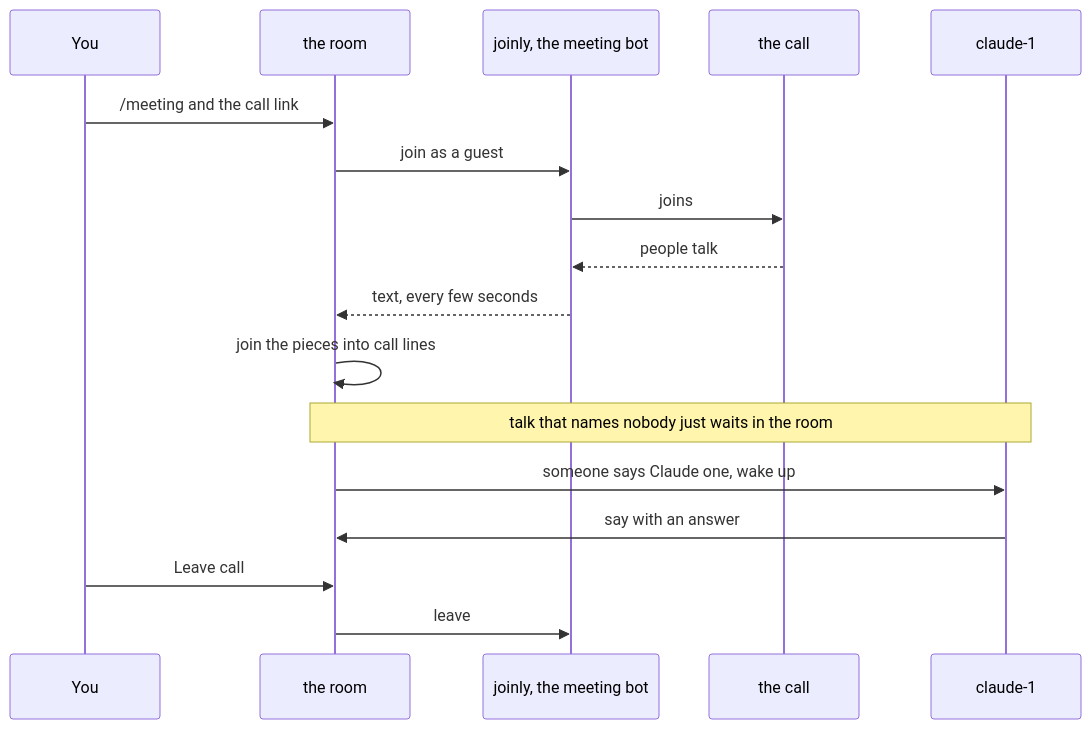
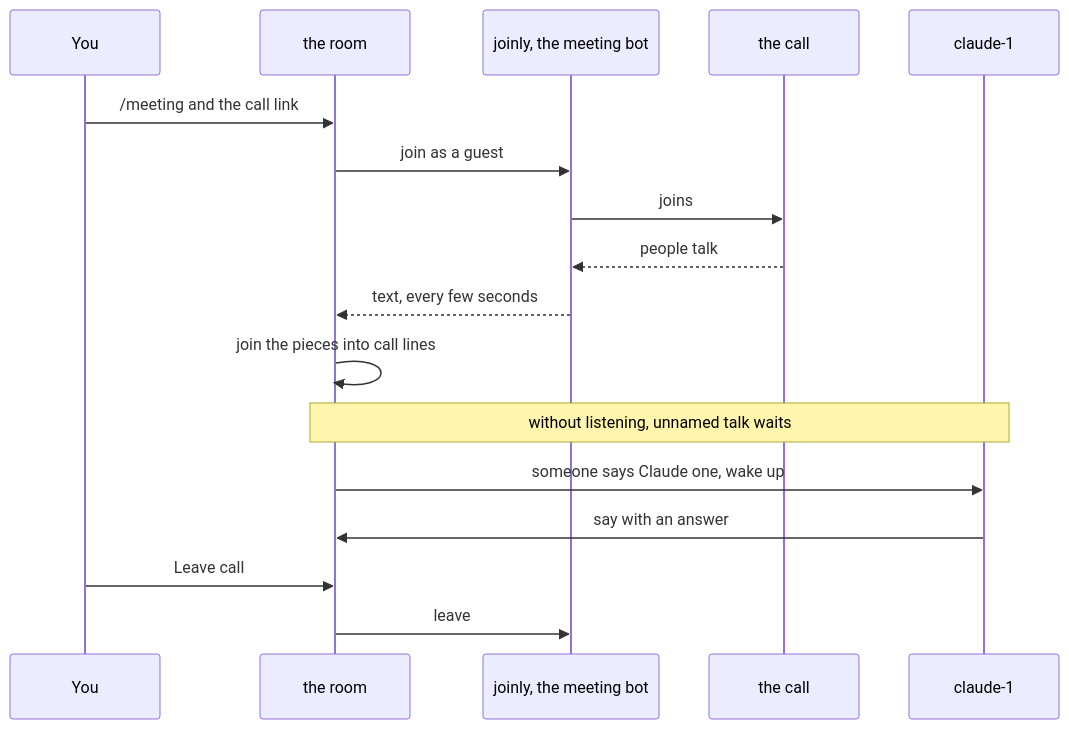
Before and after one commit to amahpour/switchboard: the first of 3 diagrams in docs/guide/meetings-reference.md, drawn with Mermaid. The commit also changed other lines of this file and 66 other files, not shown here.

````diff
--- a/docs/guide/meetings-reference.md
+++ b/docs/guide/meetings-reference.md
@@ -26,19 +26,19 @@
 ```mermaid
 sequenceDiagram
     participant You
     participant Room as the room
     participant Bot as joinly, the meeting bot
     participant Call as the call
     participant Agent as claude-1
     You->>Room: /meeting and the call link
     Room->>Bot: join as a guest
     Bot->>Call: joins
     Call-->>Bot: people talk
     Bot-->>Room: text, every few seconds
     Room->>Room: join the pieces into call lines
-    Note over Room,Agent: talk that names nobody just waits in the room
+    Note over Room,Agent: without listening, unnamed talk waits
     Room->>Agent: someone says Claude one, wake up
     Agent->>Room: say with an answer
     You->>Room: Leave call
     Room->>Bot: leave
 ```
````
